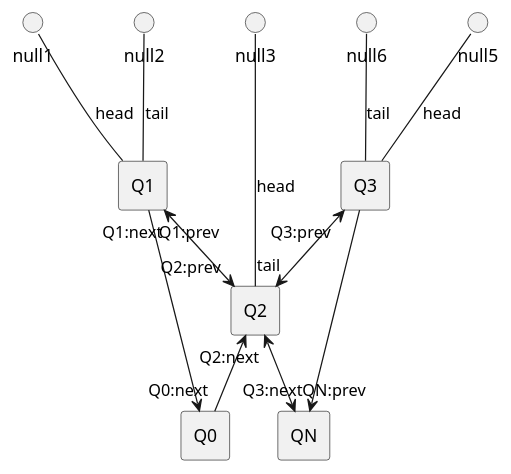
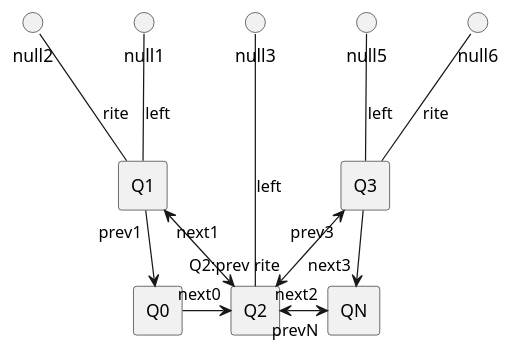
The diagram in src/docs/UML/convertToLocalTree/04.puml (vitalispopoff/calculator), drawn with PlantUML before and after one commit. The commit also changed 20 other files, not shown here.

```diff
--- a/src/docs/UML/convertToLocalTree/04.puml
+++ b/src/docs/UML/convertToLocalTree/04.puml
@@ -1,35 +1,32 @@
 @startuml
 
 rectangle Q0
 
 rectangle Q1
 rectangle Q2
 rectangle Q3
 
 rectangle QN
 
-Q0 <-up- "Q1:prev" Q1
+Q0 <-up- "prev1" Q1
 
-Q1  -up-() null2:tail
-Q1  -up-() null1:head
+Q1  -up-() null2:"rite"
+Q1  -up-() null1:"left"
 
-Q0 "Q0:next" -up-> Q2
-Q1 "Q1:next" <-down-> "Q2:prev" Q2
+Q0 "next0" -right-> Q2
 
-Q2  --up-() null3:head
+Q1 "next1" <-down-> "Q2:prev" Q2
 
+Q2  --up-() null3:"left"
 
-Q2 "tail" <-up-> "Q3:prev" Q3
+Q2 "rite" <-up-> "prev3" Q3
 
+Q2 "next2" <-right-> "prevN" QN
 
-'Q2 <-right- "Q3:prev" Q3
+Q3  -up-() null6:"rite"
+Q3  -up-() null5:"left"
 
-Q2 "Q2:next" <-down-> "QN:prev" QN
-
-Q3  -up-() null6:tail
-Q3  -up-() null5:head
-
-Q3  -down-> "Q3:next" QN
+Q3  -down-> "next3" QN
 
 
 @enduml
```
